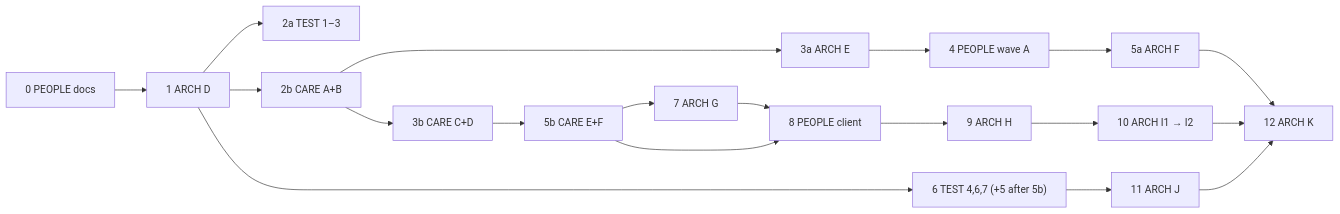
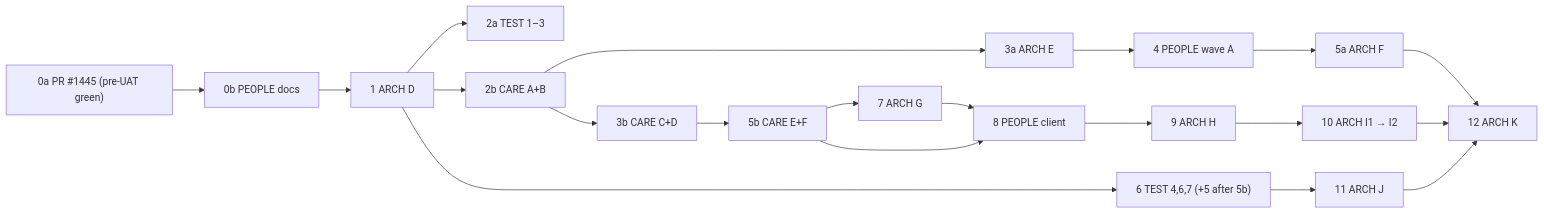
Before and after one commit to KanopeeKa/AgathaCheck: the diagram in docs/agent-efficiency/parallel-programmes.md, drawn with Mermaid. The commit also changed other lines of this file and 4 other files, not shown here.

````diff
--- a/docs/agent-efficiency/parallel-programmes.md
+++ b/docs/agent-efficiency/parallel-programmes.md
@@ -94,21 +95,22 @@
 ```mermaid
 flowchart LR
-  L0["0 PEOPLE docs"] --> L1["1 ARCH D"]
+  L0a["0a PR #1445 (pre-UAT green)"] --> L0b["0b PEOPLE docs"]
+  L0b --> L1["1 ARCH D"]
   L1 --> L2a["2a TEST 1–3"]
   L1 --> L2b["2b CARE A+B"]
   L2b --> L3a["3a ARCH E"]
   L2b --> L3b["3b CARE C+D"]
   L3a --> L4["4 PEOPLE wave A"]
   L4 --> L5a["5a ARCH F"]
   L3b --> L5b["5b CARE E+F"]
   L1 --> L6["6 TEST 4,6,7 (+5 after 5b)"]
   L5b --> L7["7 ARCH G"]
   L5b --> L8["8 PEOPLE client"]
   L7 --> L8
   L8 --> L9["9 ARCH H"]
   L9 --> L10["10 ARCH I1 → I2"]
   L6 --> L11["11 ARCH J"]
   L10 --> L12["12 ARCH K"]
   L11 --> L12
   L5a --> L12
 ```
````
